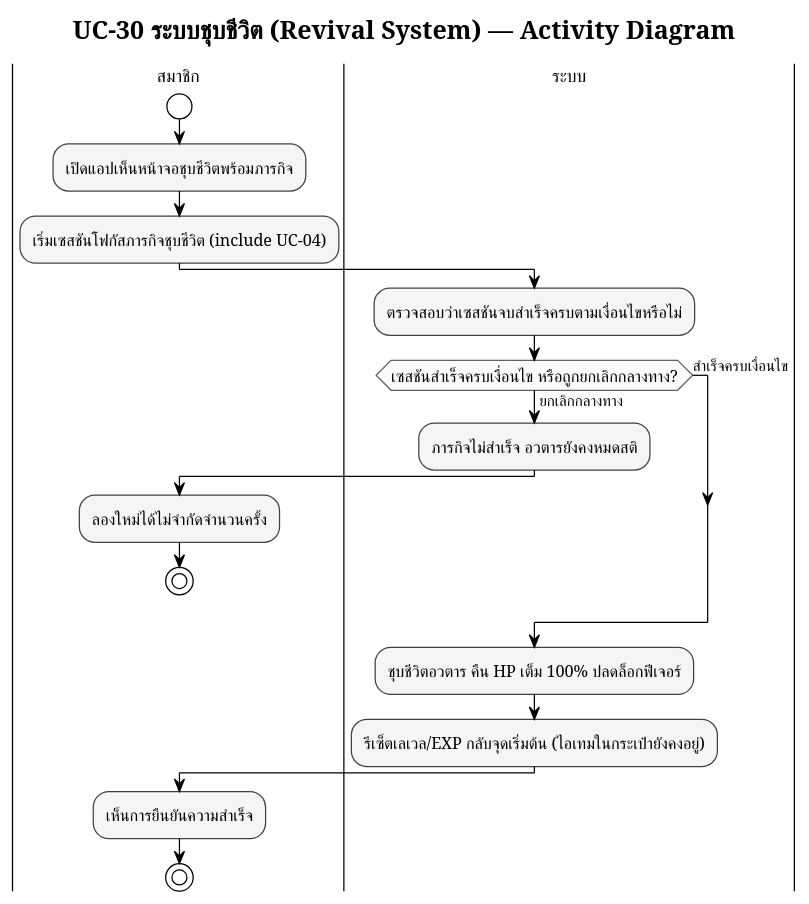
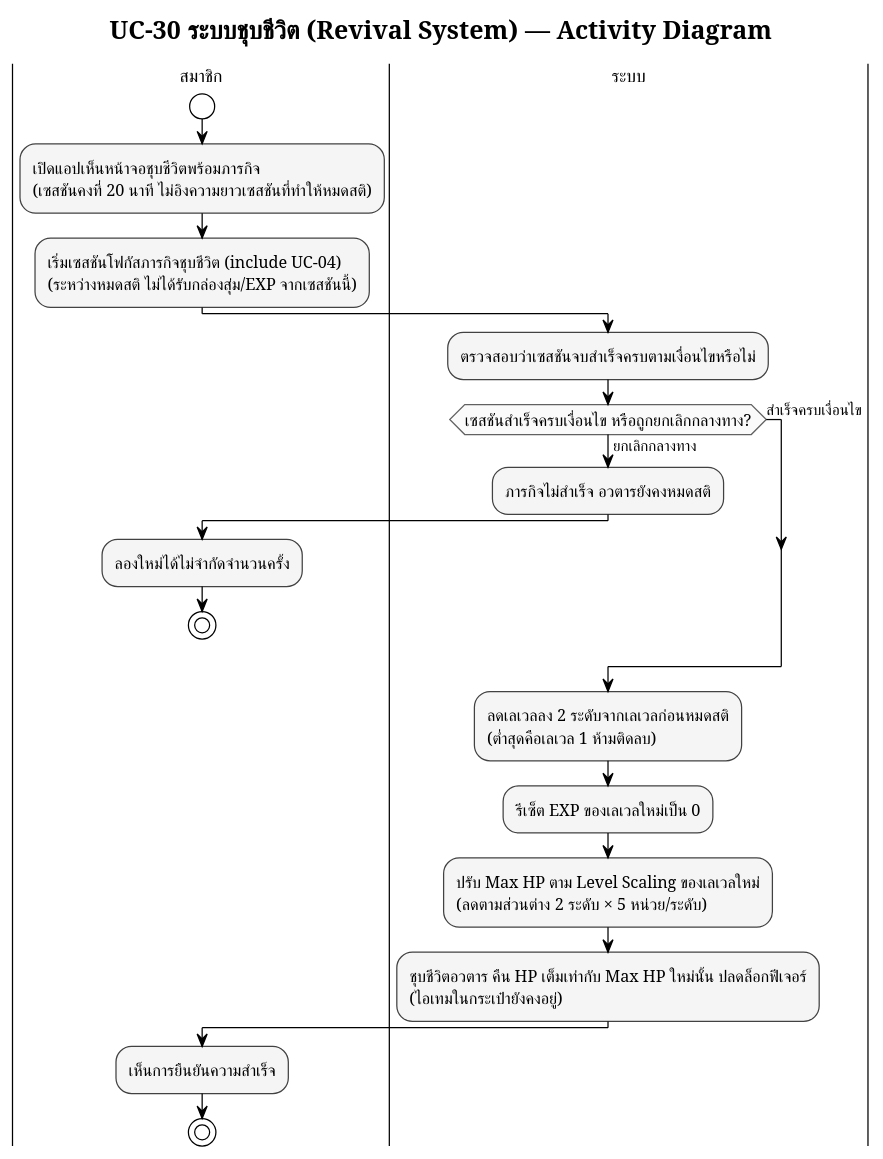
One commit to popotaroman-cloud/dssiprj-pad changed the diagram in proposal/usecase/activity_module4_uc30.puml. Above: the diagram before and after it, drawn with PlantUML. The commit also changed 34 other files, not shown here.

```diff
--- a/proposal/usecase/activity_module4_uc30.puml
+++ b/proposal/usecase/activity_module4_uc30.puml
@@ -1,51 +1,53 @@
 @startuml M4_activity_ระบบชุบชีวิต
 !pragma layout smetana
 skinparam defaultFontName "TH Sarabun New"
 skinparam defaultFontSize 14
 
 !theme plain
 skinparam titleFontName "TH Sarabun New"
 skinparam titleFontSize 20
 skinparam noteFontName "TH Sarabun New"
 skinparam ArrowFontName "TH Sarabun New"
 skinparam ArrowFontSize 12
 skinparam swimlaneTitleFontName "TH Sarabun New"
 skinparam swimlaneTitleFontSize 14
 
 skinparam activity {
   BackgroundColor #F5F5F5
   BorderColor #424242
   FontName "TH Sarabun New"
   FontSize 13
   DiamondBackgroundColor #FAFAFA
   DiamondBorderColor #616161
 }
 
 title UC-30 ระบบชุบชีวิต (Revival System) — Activity Diagram
 
 |สมาชิก|
 start
-:เปิดแอปเห็นหน้าจอชุบชีวิตพร้อมภารกิจ;
-:เริ่มเซสชันโฟกัสภารกิจชุบชีวิต (include UC-04);
+:เปิดแอปเห็นหน้าจอชุบชีวิตพร้อมภารกิจ\n(เซสชันคงที่ 20 นาที ไม่อิงความยาวเซสชันที่ทำให้หมดสติ);
+:เริ่มเซสชันโฟกัสภารกิจชุบชีวิต (include UC-04)\n(ระหว่างหมดสติ ไม่ได้รับกล่องสุ่ม/EXP จากเซสชันนี้);
 
 |ระบบ|
 :ตรวจสอบว่าเซสชันจบสำเร็จครบตามเงื่อนไขหรือไม่;
 
 if (เซสชันสำเร็จครบเงื่อนไข หรือถูกยกเลิกกลางทาง?) then (ยกเลิกกลางทาง)
   :ภารกิจไม่สำเร็จ อวตารยังคงหมดสติ;
   |สมาชิก|
   :ลองใหม่ได้ไม่จำกัดจำนวนครั้ง;
   stop
 else (สำเร็จครบเงื่อนไข)
 endif
 
 |ระบบ|
-:ชุบชีวิตอวตาร คืน HP เต็ม 100% ปลดล็อกฟีเจอร์;
-:รีเซ็ตเลเวล/EXP กลับจุดเริ่มต้น (ไอเทมในกระเป๋ายังคงอยู่);
+:ลดเลเวลลง 2 ระดับจากเลเวลก่อนหมดสติ\n(ต่ำสุดคือเลเวล 1 ห้ามติดลบ);
+:รีเซ็ต EXP ของเลเวลใหม่เป็น 0;
+:ปรับ Max HP ตาม Level Scaling ของเลเวลใหม่\n(ลดตามส่วนต่าง 2 ระดับ × 5 หน่วย/ระดับ);
+:ชุบชีวิตอวตาร คืน HP เต็มเท่ากับ Max HP ใหม่นั้น ปลดล็อกฟีเจอร์\n(ไอเทมในกระเป๋ายังคงอยู่);
 
 |สมาชิก|
 :เห็นการยืนยันความสำเร็จ;
 
 stop
 
 @enduml
```
